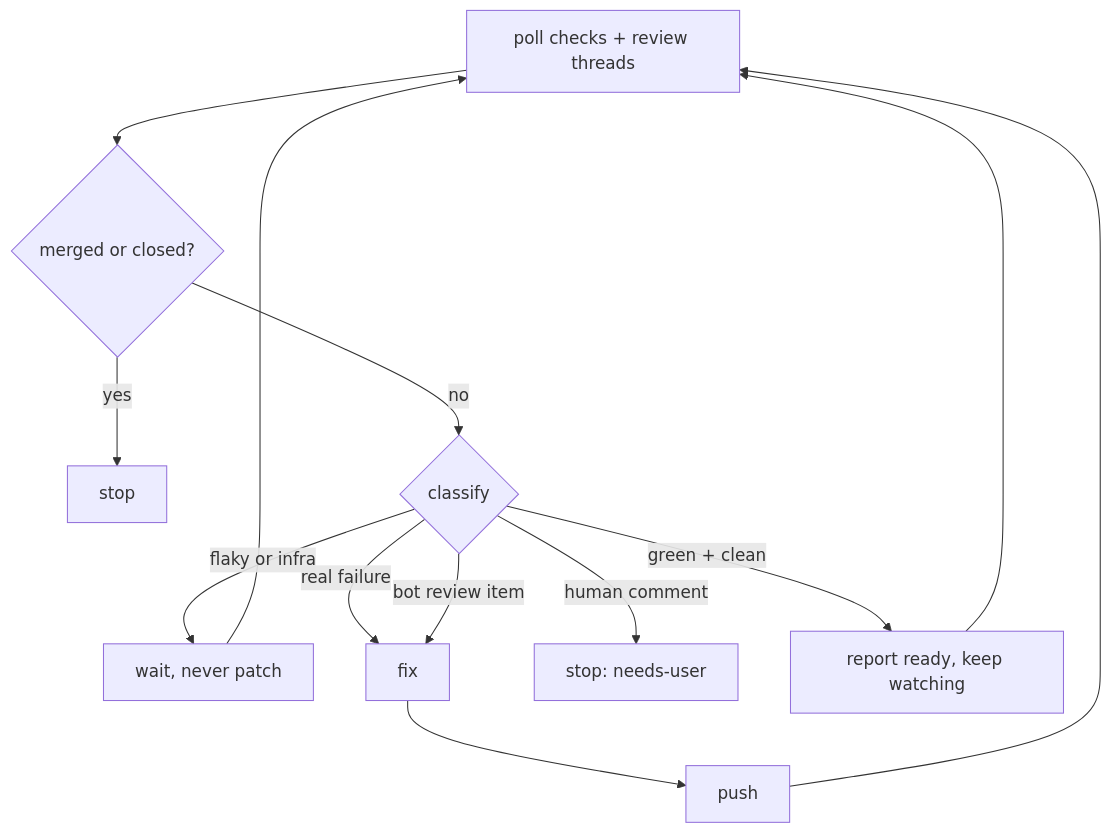
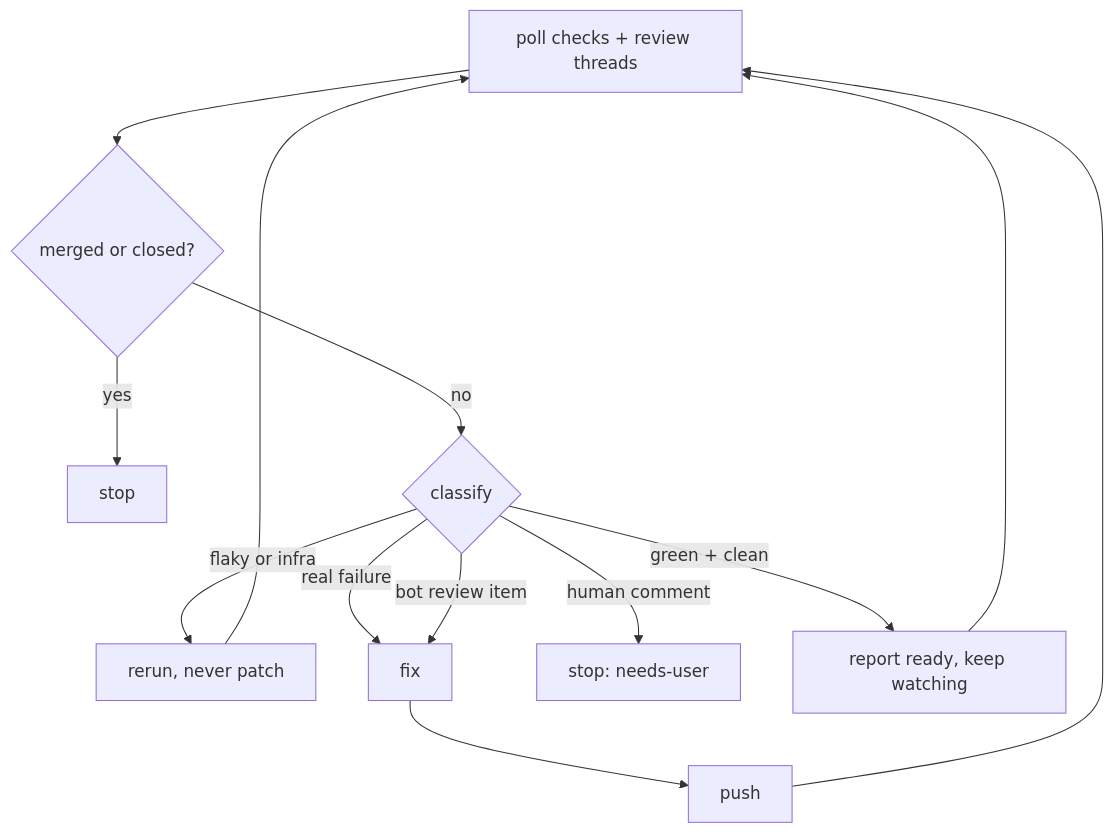
One commit to timschoch/skilly changed the seventh of 7 diagrams in docs/dev-process.md. Above: the diagram before and after it, drawn with Mermaid. The commit also changed other lines of this file and 52 other files, not shown here.

````diff
--- a/docs/dev-process.md
+++ b/docs/dev-process.md
@@ -114,14 +172,14 @@
 ```mermaid
 flowchart TD
   poll[poll checks + review threads] --> term{merged or closed?}
   term -- yes --> stop[stop]
   term -- no --> sort{classify}
-  sort -- flaky or infra --> wait[wait, never patch]
+  sort -- flaky or infra --> rerun[rerun, never patch]
   sort -- real failure --> fix[fix]
   sort -- bot review item --> fix
   sort -- human comment --> user[stop: needs-user]
   fix --> shove[push] --> poll
-  wait --> poll
+  rerun --> poll
   sort -- green + clean --> report[report ready, keep watching]
   report --> poll
 ```
````
